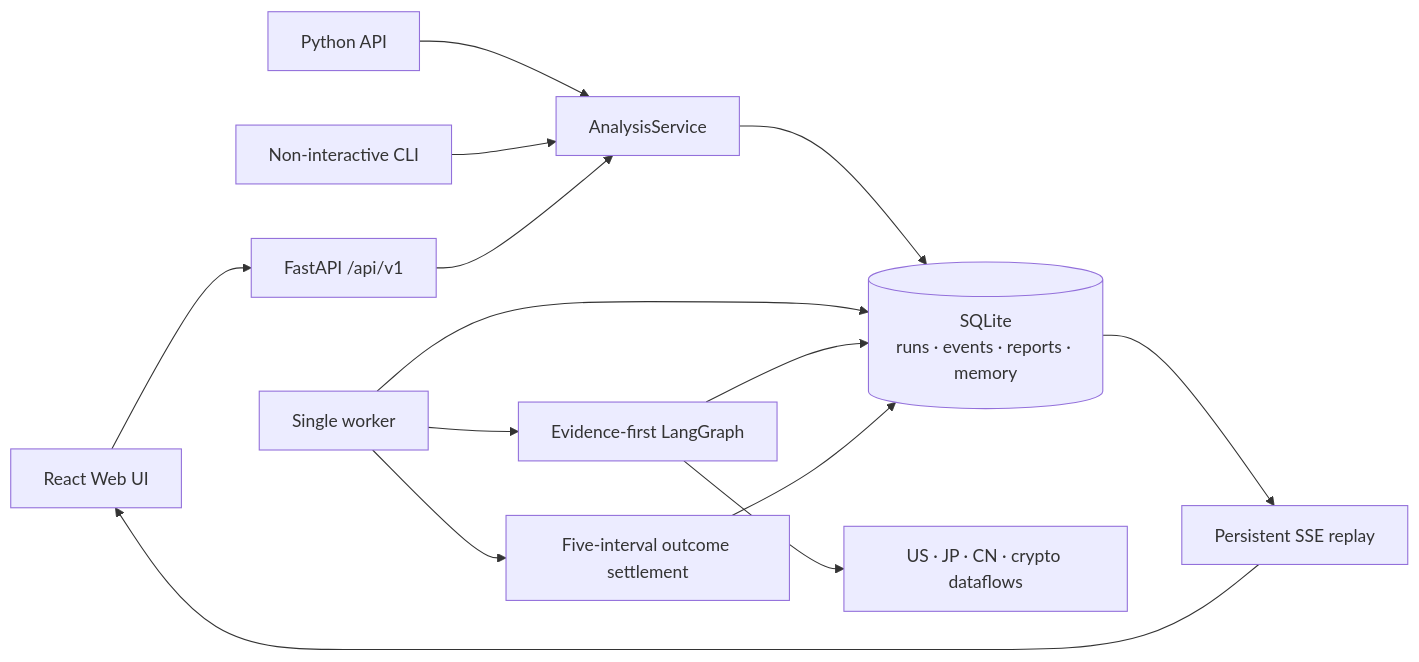
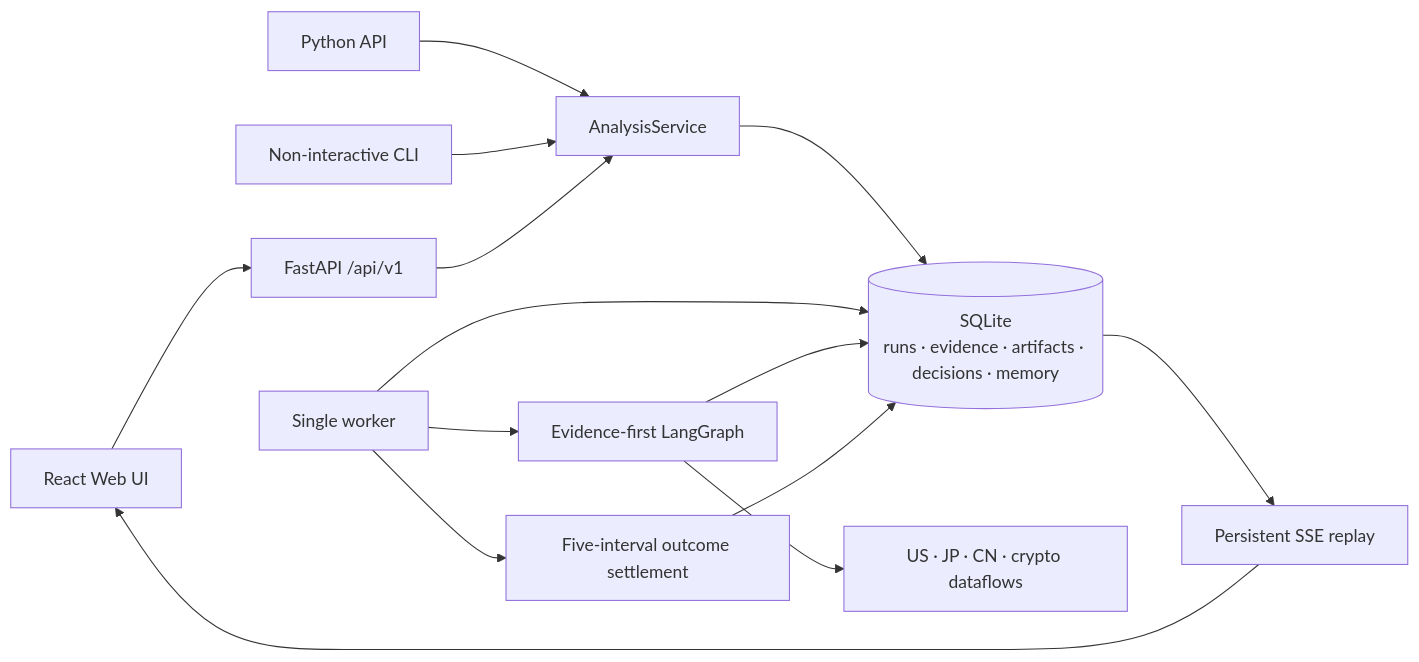
One commit to qingchiang/trading-agents-x changed the diagram in README.md. Above: the diagram before and after it, drawn with Mermaid. The commit also changed other lines of this file and 4 other files, not shown here.

First line of the commit message:
docs(graph): document the reduced audit boundary

````diff
--- a/README.md
+++ b/README.md
@@ -146,16 +148,16 @@
 ```mermaid
 flowchart LR
     UI["React Web UI"] --> API["FastAPI /api/v1"]
     PY["Python API"] --> SVC["AnalysisService"]
     CLI["Non-interactive CLI"] --> SVC
     API --> SVC
-    SVC --> DB[("SQLite<br/>runs · events · reports · memory")]
+    SVC --> DB[("SQLite<br/>runs · evidence · artifacts · decisions · memory")]
     WORKER["Single worker"] --> DB
     WORKER --> GRAPH["Evidence-first LangGraph"]
     GRAPH --> DATA["US · JP · CN · crypto dataflows"]
     GRAPH --> DB
     WORKER --> OUTCOME["Five-interval outcome settlement"]
     OUTCOME --> DB
     DB --> SSE["Persistent SSE replay"]
     SSE --> UI
 ```
````
